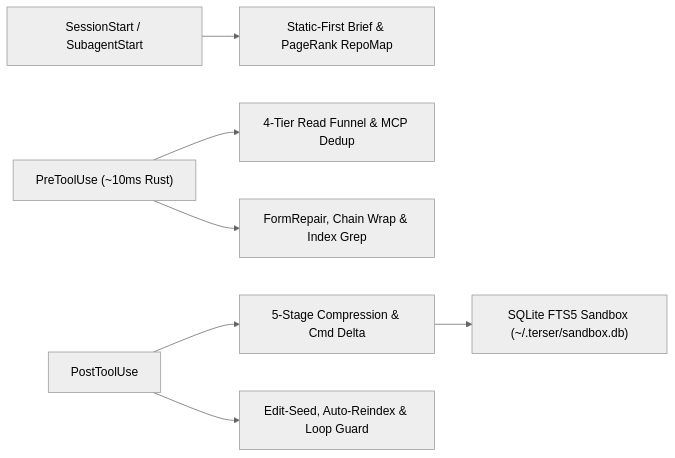
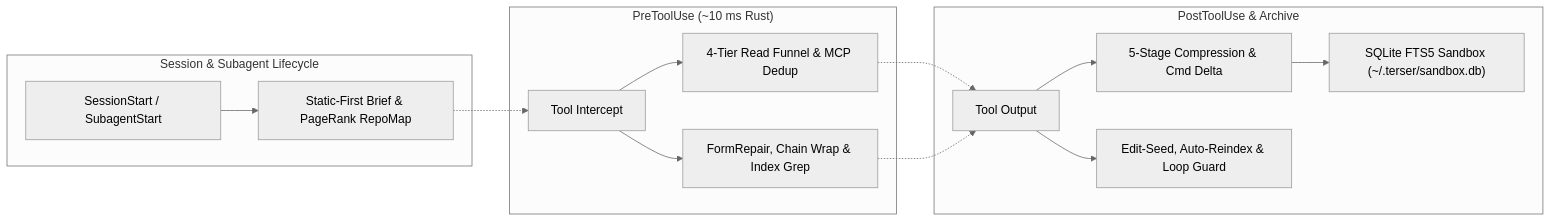
One commit to HyperExtendedReality/terser changed the diagram in README.md. Above: the diagram before and after it, drawn with Mermaid (neutral theme). The commit also changed other lines of this file and 6 other files, not shown here.

````diff
--- a/README.md
+++ b/README.md
@@ -143,9 +143,21 @@
 ```mermaid
 flowchart LR
-    S["SessionStart / SubagentStart"] --> B["Static-First Brief & PageRank RepoMap"]
-    P["PreToolUse (~10ms Rust)"] --> RF["4-Tier Read Funnel & MCP Dedup"]
-    P --> FR["FormRepair, Chain Wrap & Index Grep"]
-    O["PostToolUse"] --> OC["5-Stage Compression & Cmd Delta"]
-    OC --> DB["SQLite FTS5 Sandbox (~/.terser/sandbox.db)"]
-    O --> LG["Edit-Seed, Auto-Reindex & Loop Guard"]
+    subgraph Session["Session & Subagent Lifecycle"]
+        S["SessionStart / SubagentStart"] --> B["Static-First Brief & PageRank RepoMap"]
+    end
+
+    subgraph Pre["PreToolUse (~10 ms Rust)"]
+        P["Tool Intercept"] --> RF["4-Tier Read Funnel & MCP Dedup"]
+        P --> FR["FormRepair, Chain Wrap & Index Grep"]
+    end
+
+    subgraph Post["PostToolUse & Archive"]
+        O["Tool Output"] --> OC["5-Stage Compression & Cmd Delta"]
+        OC --> DB["SQLite FTS5 Sandbox (~/.terser/sandbox.db)"]
+        O --> LG["Edit-Seed, Auto-Reindex & Loop Guard"]
+    end
+
+    B -.-> P
+    RF -.-> O
+    FR -.-> O
 ```
````
